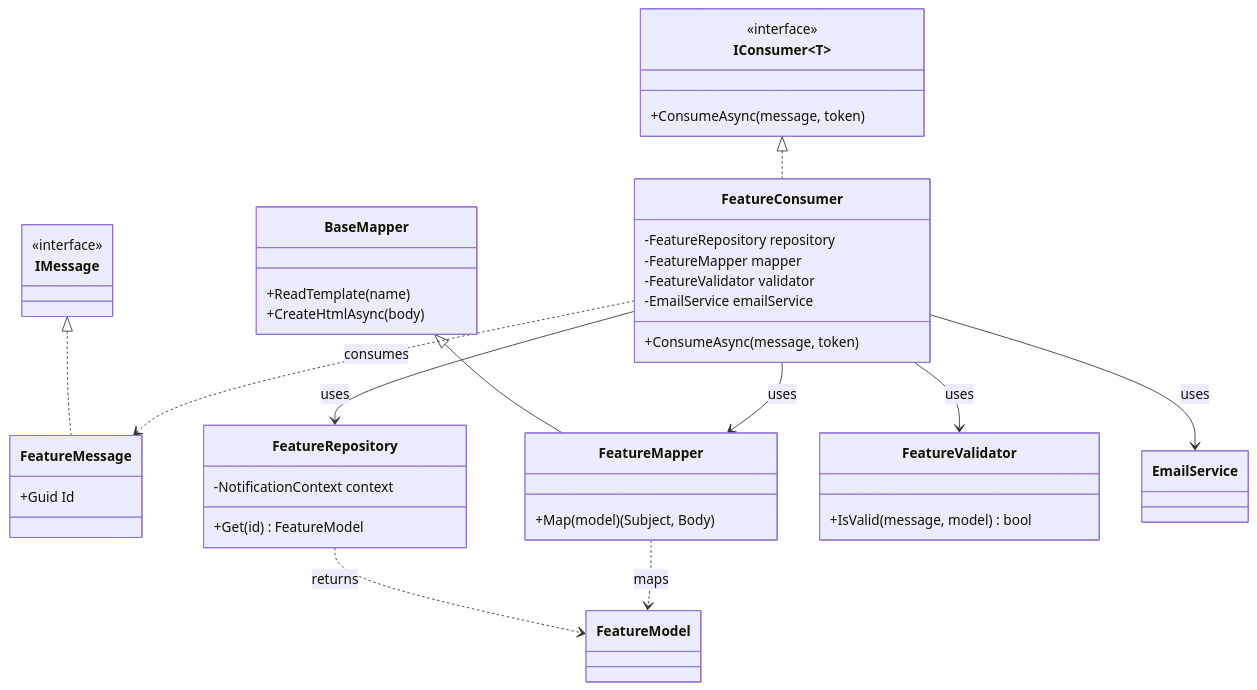
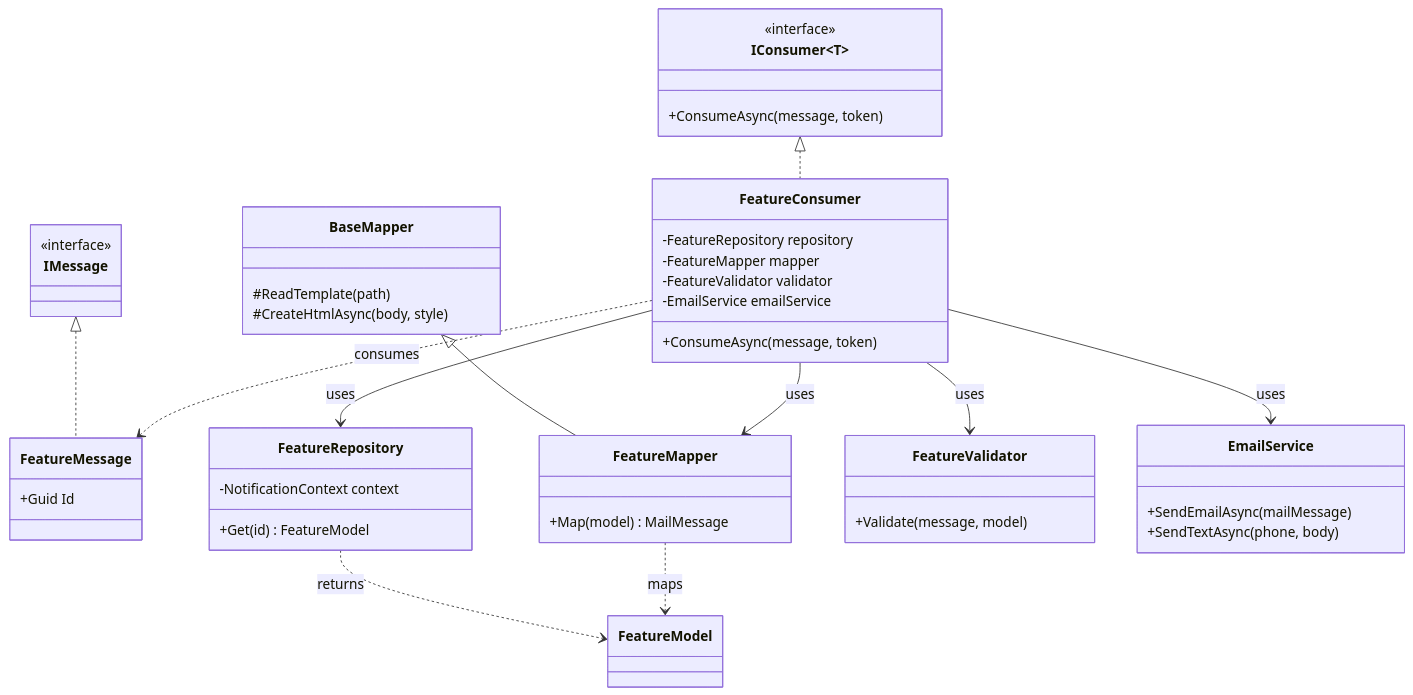
Before and after one commit to tanvirather/Messaging: the second of 2 diagrams in Wiki/Architecture.md, drawn with Mermaid. The commit also changed other lines of this file and 37 other files, not shown here.

````diff
--- a/Wiki/Architecture.md
+++ b/Wiki/Architecture.md
@@ -54,46 +51,50 @@
 ```mermaid
 classDiagram
     class IMessage {
         <<interface>>
     }
     class IConsumer~T~ {
         <<interface>>
         +ConsumeAsync(message, token)
     }
     class BaseMapper {
-        +ReadTemplate(name)
-        +CreateHtmlAsync(body)
+        #ReadTemplate(path)
+        #CreateHtmlAsync(body, style)
     }
 
     class FeatureMessage {
         +Guid Id
     }
     class FeatureConsumer {
         -FeatureRepository repository
         -FeatureMapper mapper
         -FeatureValidator validator
         -EmailService emailService
         +ConsumeAsync(message, token)
     }
     class FeatureRepository {
         -NotificationContext context
         +Get(id) FeatureModel
     }
     class FeatureMapper {
-        +Map(model) (Subject, Body)
+        +Map(model) MailMessage
     }
     class FeatureValidator {
-        +IsValid(message, model) bool
+        +Validate(message, model)
+    }
+    class EmailService {
+        +SendEmailAsync(mailMessage)
+        +SendTextAsync(phone, body)
     }
 
     IMessage <|.. FeatureMessage
     IConsumer <|.. FeatureConsumer
     BaseMapper <|-- FeatureMapper
     FeatureConsumer ..> FeatureMessage : consumes
     FeatureConsumer --> FeatureRepository : uses
     FeatureConsumer --> FeatureValidator : uses
     FeatureConsumer --> FeatureMapper : uses
     FeatureConsumer --> EmailService : uses
     FeatureRepository ..> FeatureModel : returns
     FeatureMapper ..> FeatureModel : maps
 ```
````
